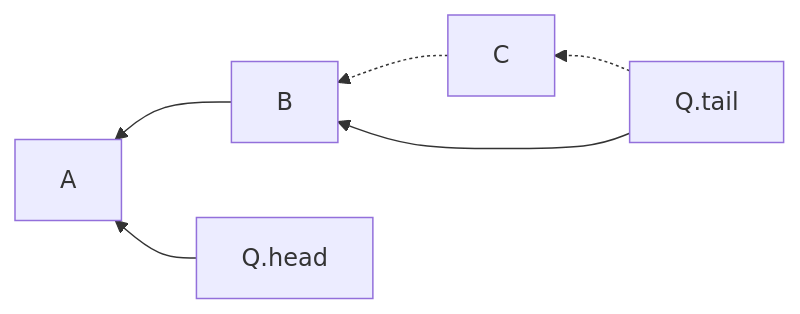
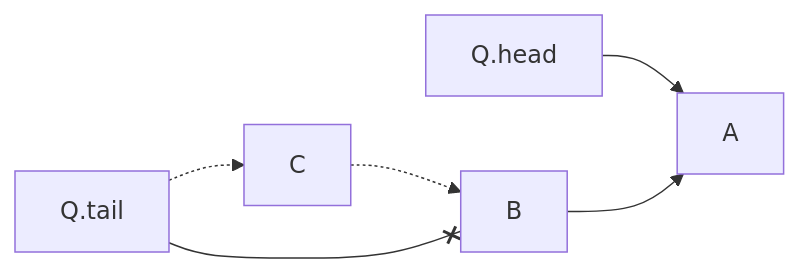
One commit to Eurydia/notes-singularity changed the seventh of 15 diagrams in Computer science/Data structures/Queue.md. Above: the diagram before and after it, drawn with Mermaid. The commit also changed other lines of this file and 4 other files, not shown here.

````diff
--- a/Computer science/Data structures/Queue.md
+++ b/Computer science/Data structures/Queue.md
@@ -64,7 +68,6 @@
 	```mermaid
-	flowchart RL
-		C-.->B
-		Q.tail-.->C
-		Q.tail-->B-->A
+	flowchart LR
 		Q.head-->A
+		Q.tail-.->C-.->B
+		Q.tail--xB-->A
 	```
````
